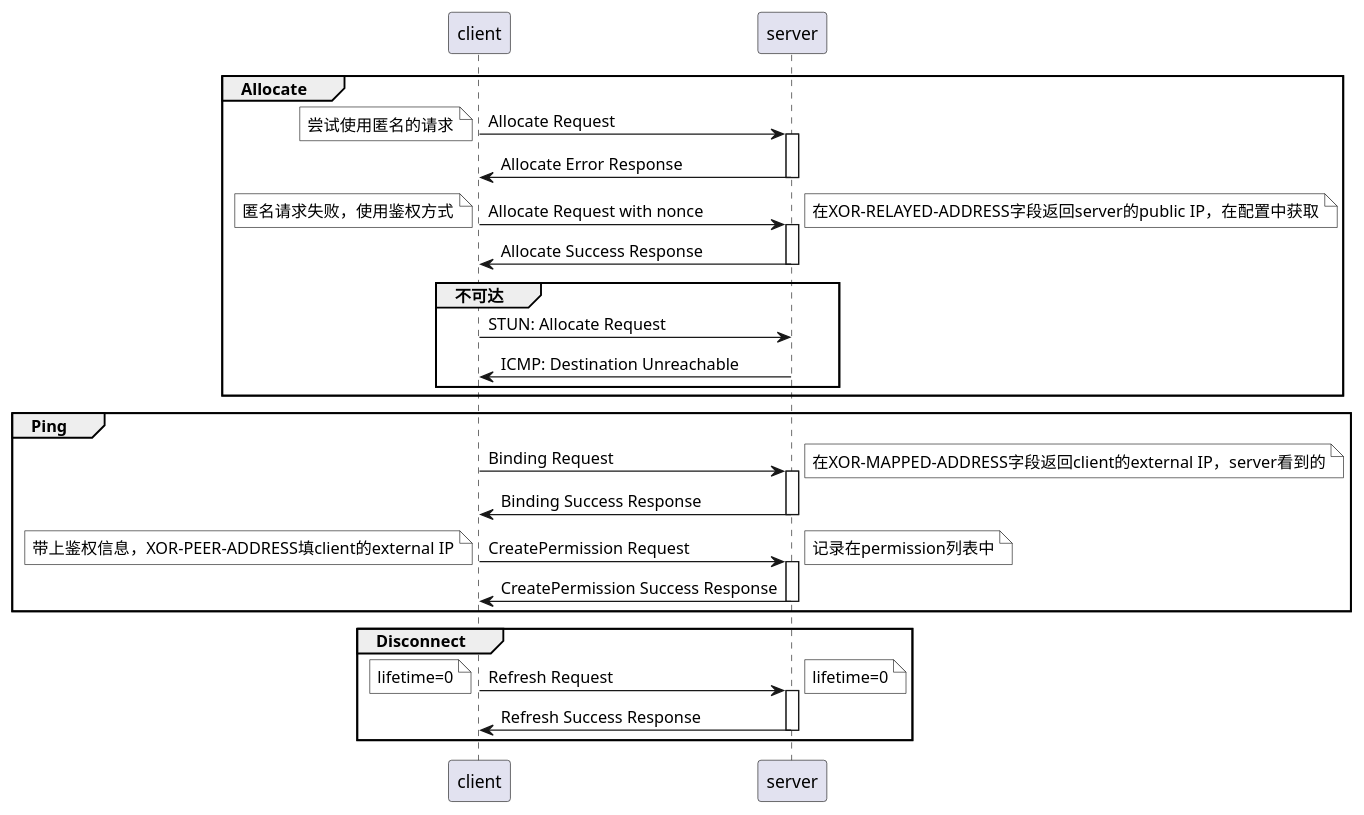
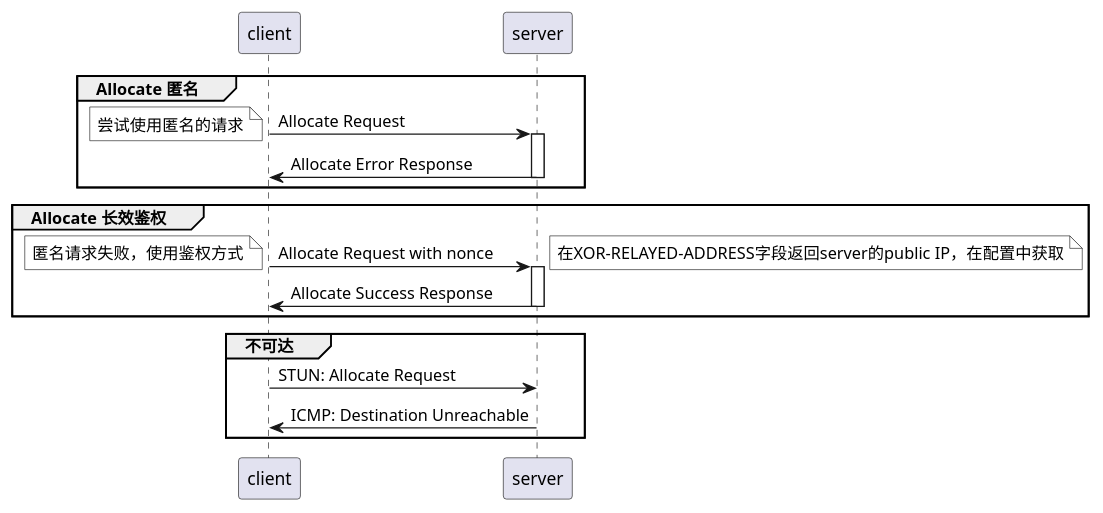
Before and after one commit to byyam/byyam.github.io: the first of 4 diagrams in source/_posts/2021-09-18-pion.md, drawn with PlantUML. The commit also changed other lines of this file, not shown here.

````diff
--- a/source/_posts/2021-09-18-pion.md
+++ b/source/_posts/2021-09-18-pion.md
@@ -61,55 +89,29 @@
 ``` plantuml
 
 skinparam NoteBackgroundColor white
 
-group Allocate
+group Allocate 匿名
 client -> server : Allocate Request
 activate server
 note left: 尝试使用匿名的请求
 server -> client : Allocate Error Response
 deactivate server
+end
 
+
+group Allocate 长效鉴权
 client -> server : Allocate Request with nonce
 activate server
 note left: 匿名请求失败，使用鉴权方式
 note right: 在XOR-RELAYED-ADDRESS字段返回server的public IP，在配置中获取
 server -> client : Allocate Success Response
 deactivate server
+end
 
 group 不可达
 client -> server : STUN: Allocate Request
 server -> client : ICMP: Destination Unreachable
 end
 
-end
-
-
-group Ping
-client -> server : Binding Request
-activate server
-note right: 在XOR-MAPPED-ADDRESS字段返回client的external IP，server看到的
-server -> client : Binding Success Response
-deactivate server
-
-
-client -> server : CreatePermission Request
-activate server
-note left: 带上鉴权信息，XOR-PEER-ADDRESS填client的external IP
-note right: 记录在permission列表中
-server -> client : CreatePermission Success Response
-deactivate server
-
-end
-
-
-group Disconnect
-client -> server : Refresh Request
-activate server
-note left: lifetime=0
-note right: lifetime=0
-server -> client : Refresh Success Response
-deactivate server
-end
-
 
 ```
````
